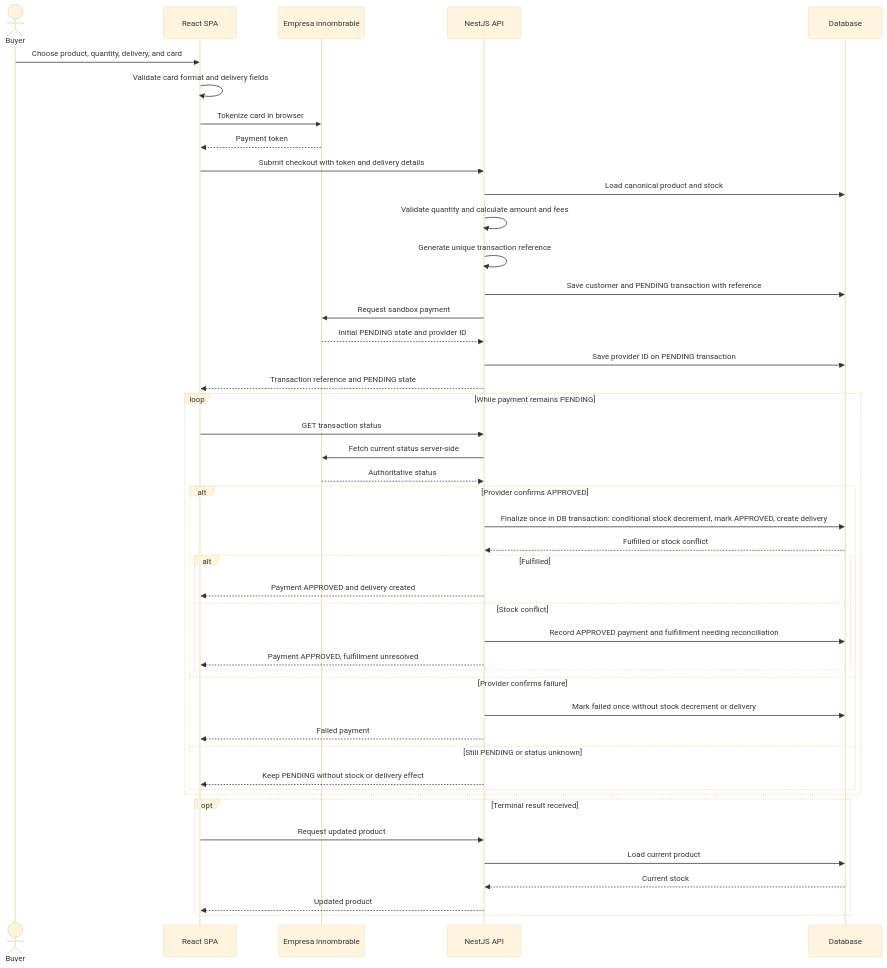
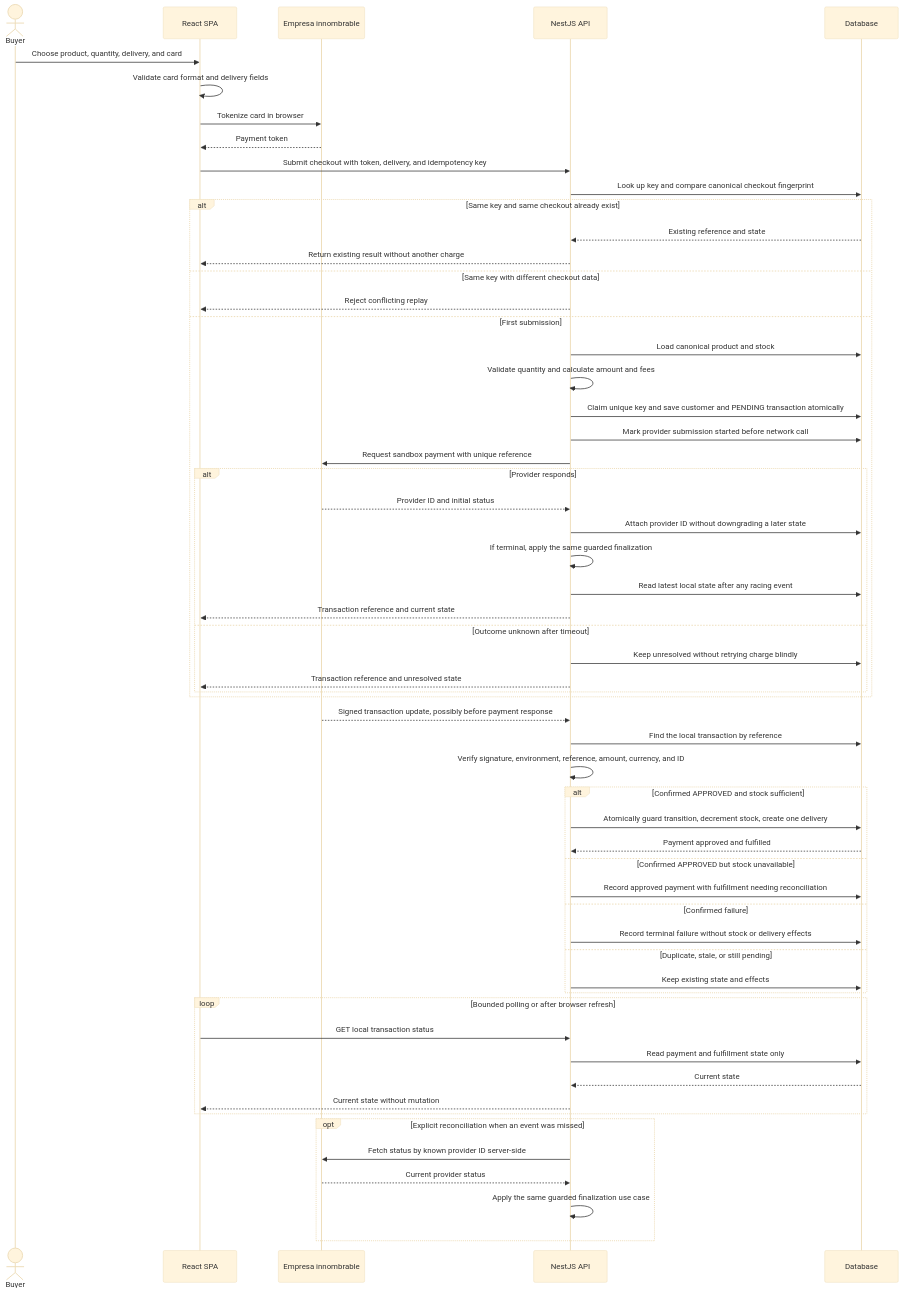
Before and after one commit to alexanderbeleno16/product-payment: the third of 5 diagrams in README.md, drawn with Mermaid (base theme). The commit also changed other lines of this file, not shown here.

Commit message:
docs(architecture): clarify idempotent checkout finalization

````diff
--- a/README.md
+++ b/README.md
@@ -54,50 +58,64 @@
 ```mermaid
 sequenceDiagram
     actor Buyer
     participant SPA as React SPA
     participant Provider as Empresa innombrable
     participant API as NestJS API
     participant DB as Database
 
     Buyer->>SPA: Choose product, quantity, delivery, and card
     SPA->>SPA: Validate card format and delivery fields
     SPA->>Provider: Tokenize card in browser
     Provider-->>SPA: Payment token
-    SPA->>API: Submit checkout with token and delivery details
-    API->>DB: Load canonical product and stock
-    API->>API: Validate quantity and calculate amount and fees
-    API->>API: Generate unique transaction reference
-    API->>DB: Save customer and PENDING transaction with reference
-    API->>Provider: Request sandbox payment
-    Provider-->>API: Initial PENDING state and provider ID
-    API->>DB: Save provider ID on PENDING transaction
-    API-->>SPA: Transaction reference and PENDING state
-
-    loop While payment remains PENDING
-        SPA->>API: GET transaction status
-        API->>Provider: Fetch current status server-side
-        Provider-->>API: Authoritative status
-        alt Provider confirms APPROVED
-            API->>DB: Finalize once in DB transaction: conditional stock decrement, mark APPROVED, create delivery
-            DB-->>API: Fulfilled or stock conflict
-            alt Fulfilled
-                API-->>SPA: Payment APPROVED and delivery created
-            else Stock conflict
-                API->>DB: Record APPROVED payment and fulfillment needing reconciliation
-                API-->>SPA: Payment APPROVED, fulfillment unresolved
-            end
-        else Provider confirms failure
-            API->>DB: Mark failed once without stock decrement or delivery
-            API-->>SPA: Failed payment
-        else Still PENDING or status unknown
-            API-->>SPA: Keep PENDING without stock or delivery effect
+    SPA->>API: Submit checkout with token, delivery, and idempotency key
+    API->>DB: Look up key and compare canonical checkout fingerprint
+    alt Same key and same checkout already exist
+        DB-->>API: Existing reference and state
+        API-->>SPA: Return existing result without another charge
+    else Same key with different checkout data
+        API-->>SPA: Reject conflicting replay
+    else First submission
+        API->>DB: Load canonical product and stock
+        API->>API: Validate quantity and calculate amount and fees
+        API->>DB: Claim unique key and save customer and PENDING transaction atomically
+        API->>DB: Mark provider submission started before network call
+        API->>Provider: Request sandbox payment with unique reference
+        alt Provider responds
+            Provider-->>API: Provider ID and initial status
+            API->>DB: Attach provider ID without downgrading a later state
+            API->>API: If terminal, apply the same guarded finalization
+            API->>DB: Read latest local state after any racing event
+            API-->>SPA: Transaction reference and current state
+        else Outcome unknown after timeout
+            API->>DB: Keep unresolved without retrying charge blindly
+            API-->>SPA: Transaction reference and unresolved state
         end
     end
 
-    opt Terminal result received
-        SPA->>API: Request updated product
-        API->>DB: Load current product
-        DB-->>API: Current stock
-        API-->>SPA: Updated product
+    Provider-->>API: Signed transaction update, possibly before payment response
+    API->>DB: Find the local transaction by reference
+    API->>API: Verify signature, environment, reference, amount, currency, and ID
+    alt Confirmed APPROVED and stock sufficient
+        API->>DB: Atomically guard transition, decrement stock, create one delivery
+        DB-->>API: Payment approved and fulfilled
+    else Confirmed APPROVED but stock unavailable
+        API->>DB: Record approved payment with fulfillment needing reconciliation
+    else Confirmed failure
+        API->>DB: Record terminal failure without stock or delivery effects
+    else Duplicate, stale, or still pending
+        API->>DB: Keep existing state and effects
+    end
+
+    loop Bounded polling or after browser refresh
+        SPA->>API: GET local transaction status
+        API->>DB: Read payment and fulfillment state only
+        DB-->>API: Current state
+        API-->>SPA: Current state without mutation
+    end
+
+    opt Explicit reconciliation when an event was missed
+        API->>Provider: Fetch status by known provider ID server-side
+        Provider-->>API: Current provider status
+        API->>API: Apply the same guarded finalization use case
     end
 ```
````
